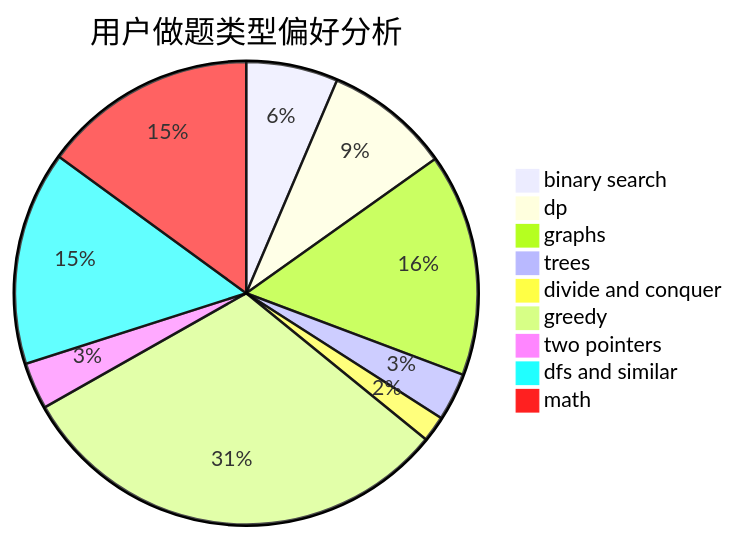
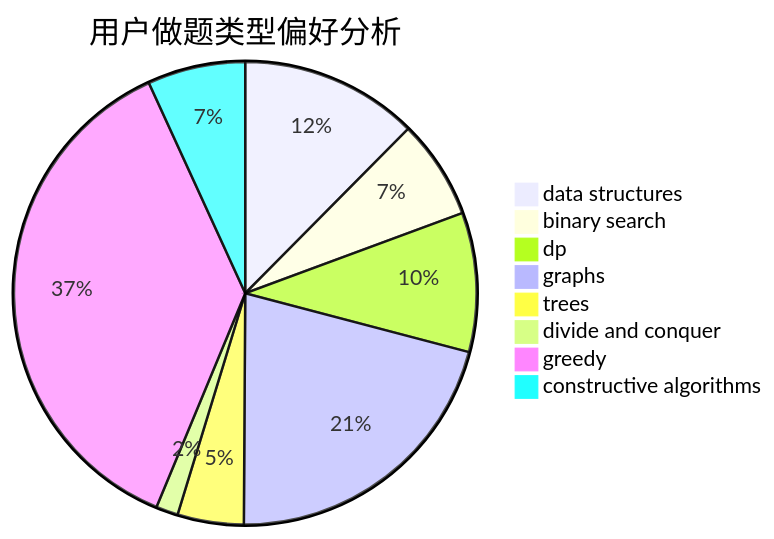
Before and after one commit to sherpahu/cfrs.github.io: the second of 3 diagrams in docs/user/u156.md, drawn with Mermaid. The commit also changed other lines of this file and 2775 other files, not shown here.

````diff
--- a/docs/user/u156.md
+++ b/docs/user/u156.md
@@ -23,12 +23,11 @@
 ```mermaid
 pie title 用户做题类型偏好分析
-    "binary search" :  96
-    "dp" :  131
-    "graphs" :  233
-    "trees" :  50
-    "divide and conquer" :  27
-    "greedy" :  463
-    "two pointers" :  49
-    "dfs and similar" :  224
-    "math" :  224
+    "data structures" :  129
+    "binary search" :  72
+    "dp" :  101
+    "graphs" :  218
+    "trees" :  48
+    "divide and conquer" :  16
+    "greedy" :  383
+    "constructive algorithms" :  71
 ```
````
